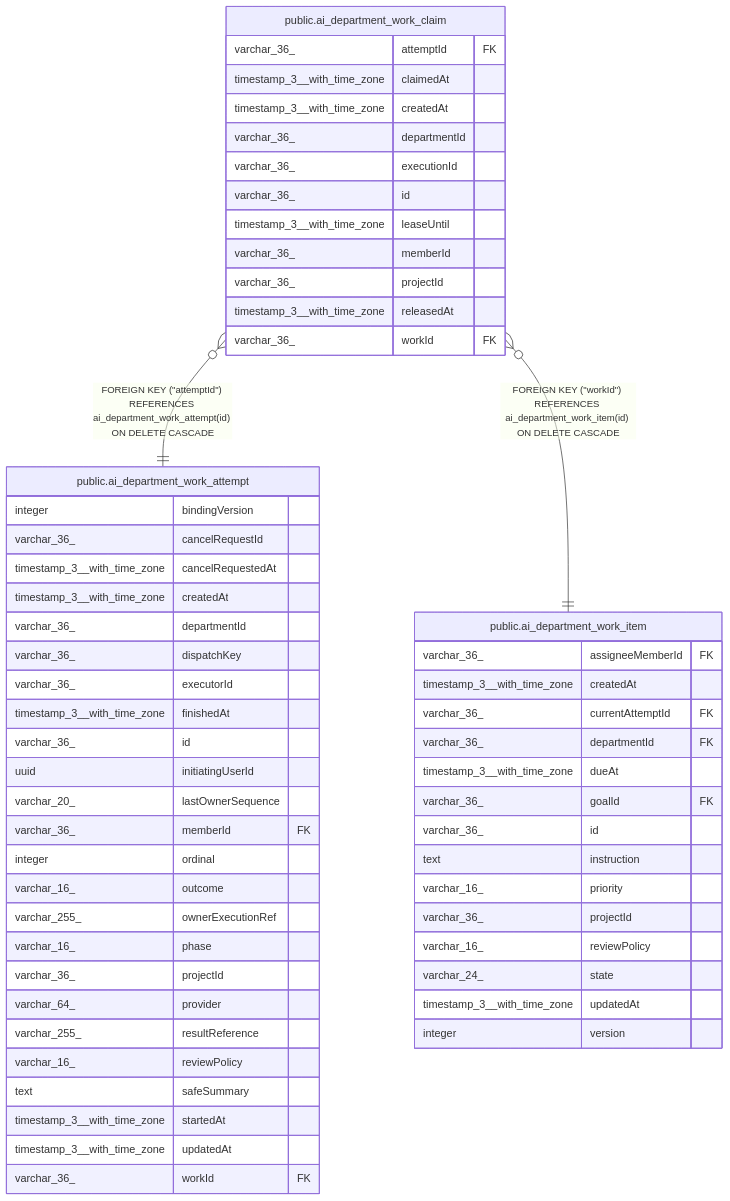
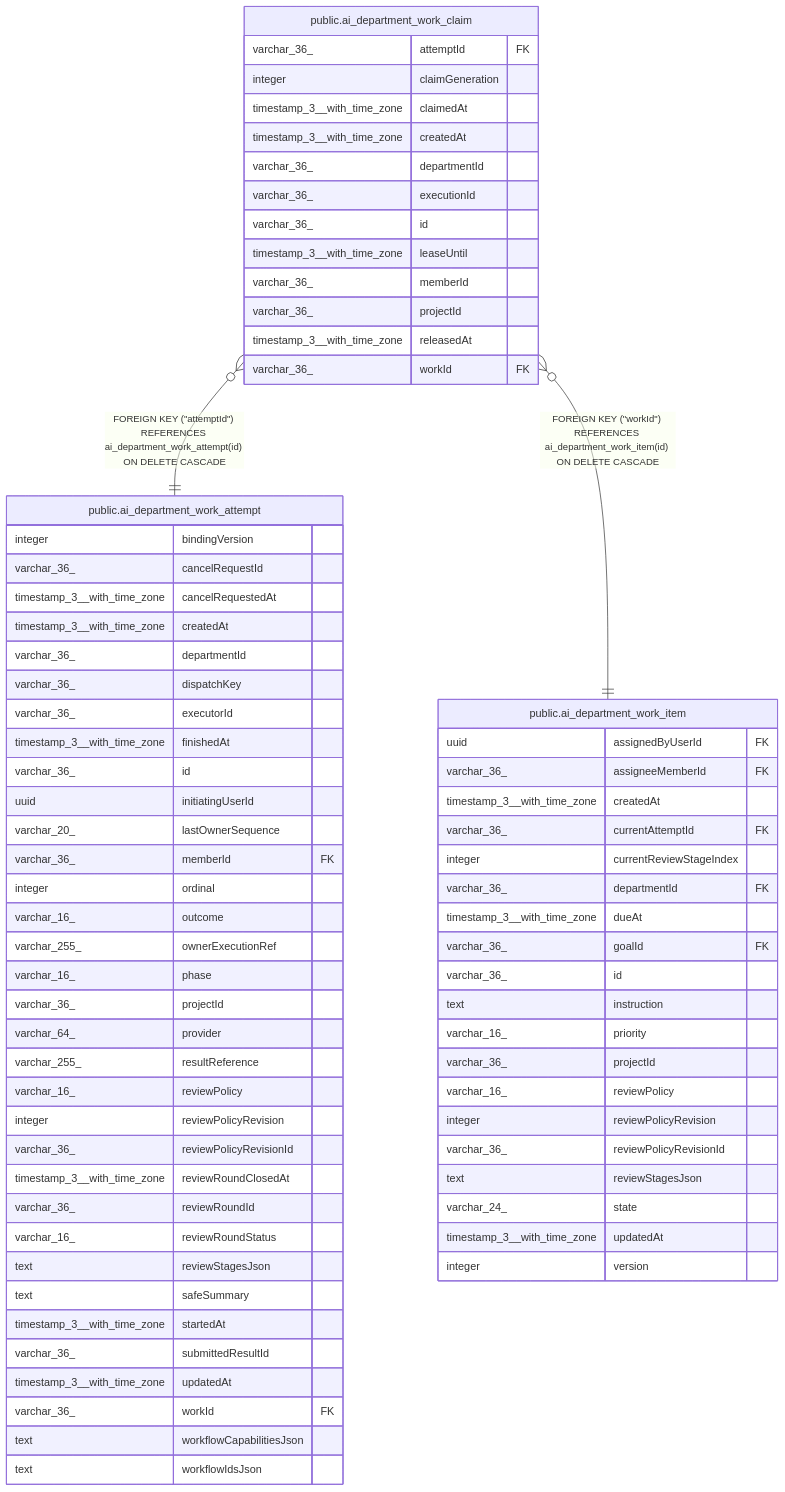
One commit to haison1234/Nexora changed the diagram in docs/generated/postgres-schema/public.ai_department_work_claim.md. Above: the diagram before and after it, drawn with Mermaid. The commit also changed other lines of this file and 524 other files, not shown here.

````diff
--- a/docs/generated/postgres-schema/public.ai_department_work_claim.md
+++ b/docs/generated/postgres-schema/public.ai_department_work_claim.md
@@ -46,62 +48,77 @@
 ```mermaid
 erDiagram
 
 "public.ai_department_work_claim" }o--|| "public.ai_department_work_attempt" : "FOREIGN KEY (#quot;attemptId#quot;) REFERENCES ai_department_work_attempt(id) ON DELETE CASCADE"
 "public.ai_department_work_claim" }o--|| "public.ai_department_work_item" : "FOREIGN KEY (#quot;workId#quot;) REFERENCES ai_department_work_item(id) ON DELETE CASCADE"
 
 "public.ai_department_work_claim" {
   varchar_36_ attemptId FK
+  integer claimGeneration
   timestamp_3__with_time_zone claimedAt
   timestamp_3__with_time_zone createdAt
   varchar_36_ departmentId
   varchar_36_ executionId
   varchar_36_ id
   timestamp_3__with_time_zone leaseUntil
   varchar_36_ memberId
   varchar_36_ projectId
   timestamp_3__with_time_zone releasedAt
   varchar_36_ workId FK
 }
 "public.ai_department_work_attempt" {
   integer bindingVersion
   varchar_36_ cancelRequestId
   timestamp_3__with_time_zone cancelRequestedAt
   timestamp_3__with_time_zone createdAt
   varchar_36_ departmentId
   varchar_36_ dispatchKey
   varchar_36_ executorId
   timestamp_3__with_time_zone finishedAt
   varchar_36_ id
   uuid initiatingUserId
   varchar_20_ lastOwnerSequence
   varchar_36_ memberId FK
   integer ordinal
   varchar_16_ outcome
   varchar_255_ ownerExecutionRef
   varchar_16_ phase
   varchar_36_ projectId
   varchar_64_ provider
   varchar_255_ resultReference
   varchar_16_ reviewPolicy
+  integer reviewPolicyRevision
+  varchar_36_ reviewPolicyRevisionId
+  timestamp_3__with_time_zone reviewRoundClosedAt
+  varchar_36_ reviewRoundId
+  varchar_16_ reviewRoundStatus
+  text reviewStagesJson
   text safeSummary
   timestamp_3__with_time_zone startedAt
+  varchar_36_ submittedResultId
   timestamp_3__with_time_zone updatedAt
   varchar_36_ workId FK
+  text workflowCapabilitiesJson
+  text workflowIdsJson
 }
 "public.ai_department_work_item" {
+  uuid assignedByUserId FK
   varchar_36_ assigneeMemberId FK
   timestamp_3__with_time_zone createdAt
   varchar_36_ currentAttemptId FK
+  integer currentReviewStageIndex
   varchar_36_ departmentId FK
   timestamp_3__with_time_zone dueAt
   varchar_36_ goalId FK
   varchar_36_ id
   text instruction
   varchar_16_ priority
   varchar_36_ projectId
   varchar_16_ reviewPolicy
+  integer reviewPolicyRevision
+  varchar_36_ reviewPolicyRevisionId
+  text reviewStagesJson
   varchar_24_ state
   timestamp_3__with_time_zone updatedAt
   integer version
 }
 ```
````
